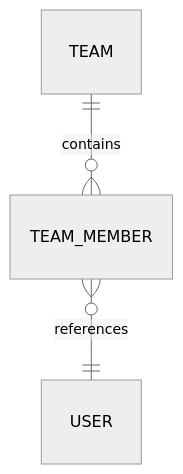
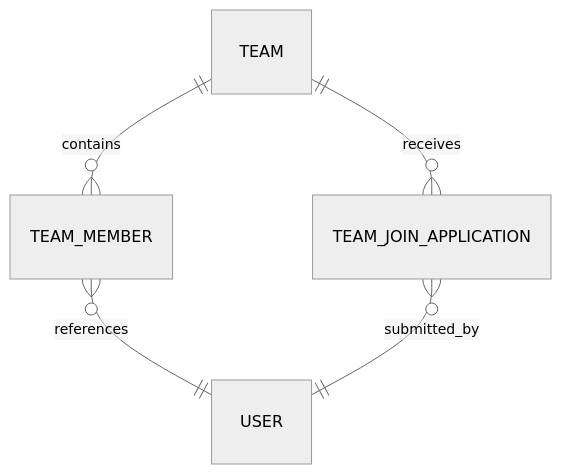
Before and after one commit to Dorian7Alden/LeetModel: the second of 2 diagrams in docs/project/模块设计/业务服务/团队服务.md, drawn with Mermaid (neutral theme). The commit also changed other lines of this file and 9 other files, not shown here.

````diff
--- a/docs/project/模块设计/业务服务/团队服务.md
+++ b/docs/project/模块设计/业务服务/团队服务.md
@@ -15,5 +53,7 @@
 ```mermaid
 erDiagram
     TEAM ||--o{ TEAM_MEMBER : contains
+    TEAM ||--o{ TEAM_JOIN_APPLICATION : receives
     TEAM_MEMBER }o--|| USER : references
+    TEAM_JOIN_APPLICATION }o--|| USER : submitted_by
 ```
````
